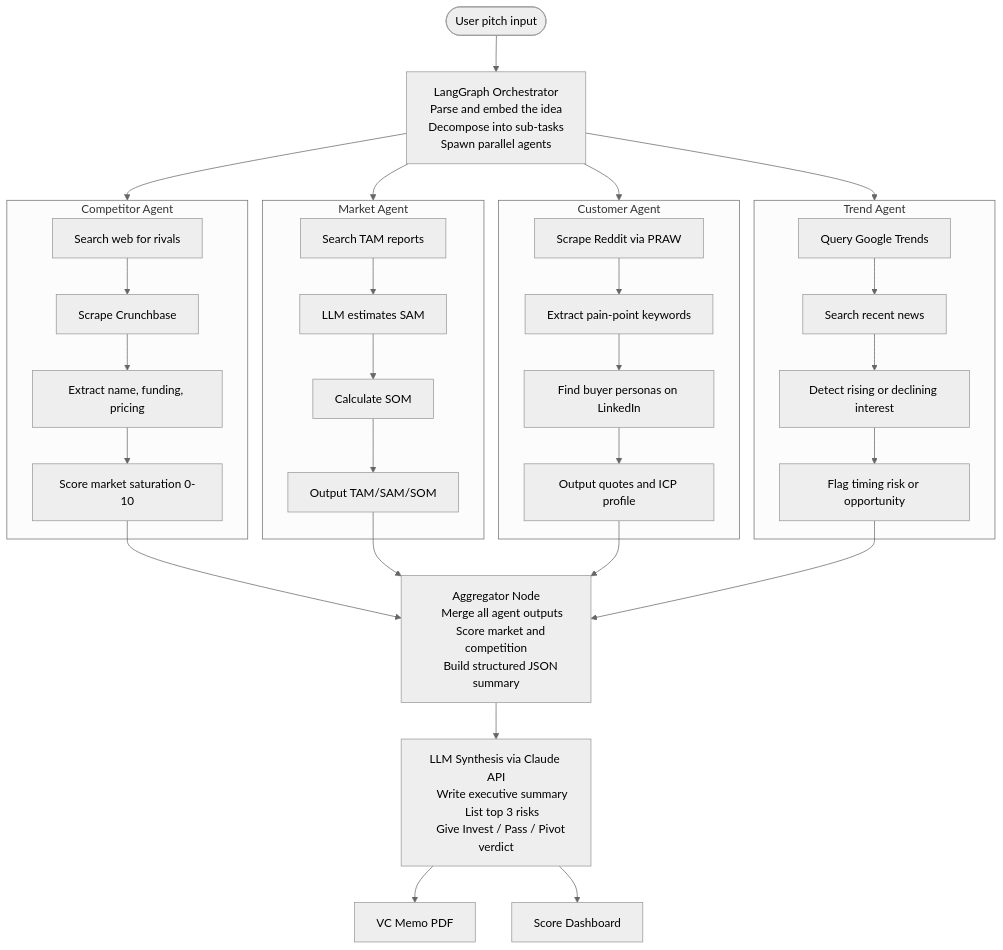
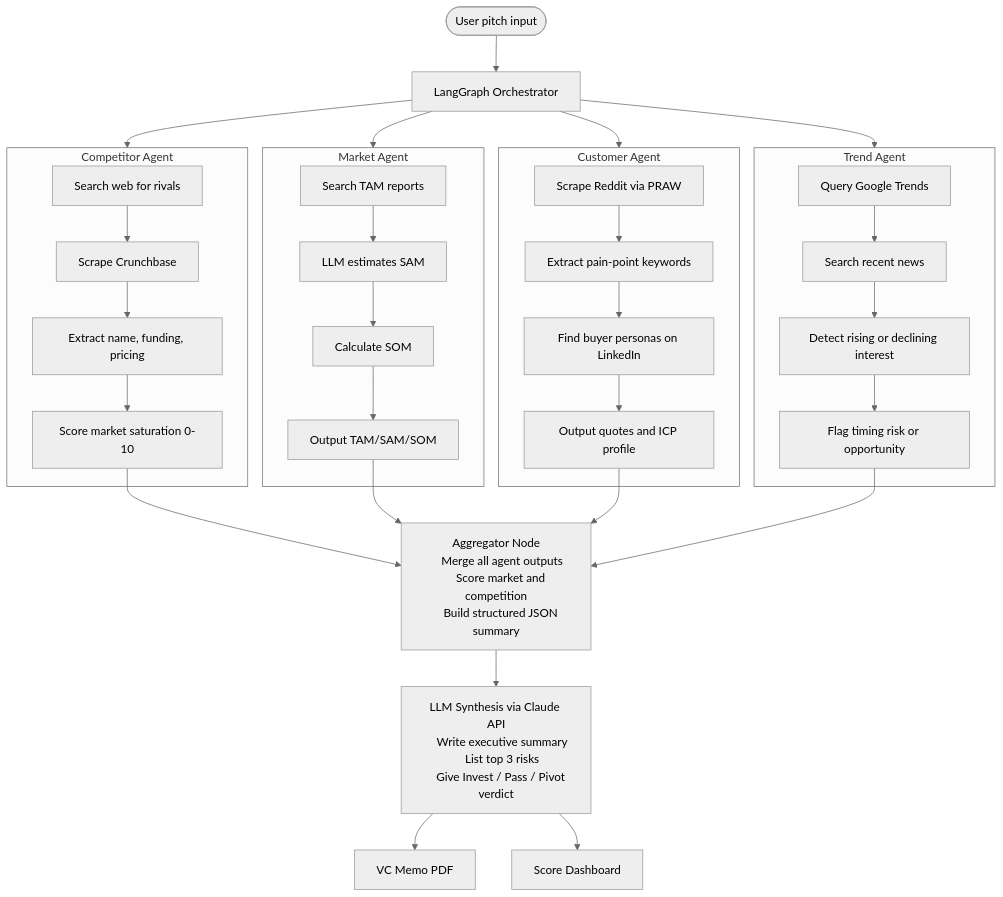
One commit to puvithk/AI-ML-Complete changed the diagram in Day 38 Startup Idea Validator/startup_idea_validator/README.md. Above: the diagram before and after it, drawn with Mermaid (neutral theme). The commit also changed 1 other file, not shown here.

Commit message:
Changed the readme file in stateup idea validator

````diff
--- a/Day 38 Startup Idea Validator/startup_idea_validator/README.md
+++ b/Day 38 Startup Idea Validator/startup_idea_validator/README.md
@@ -1,57 +1,54 @@
 ```mermaid
 flowchart TD
     USER([User pitch input]) --> ORCH
 
-    ORCH["LangGraph Orchestrator
-    Parse and embed the idea
-    Decompose into sub-tasks
-    Spawn parallel agents"]
+    ORCH["LangGraph Orchestrator"]
 
     ORCH --> CA
     ORCH --> MA
     ORCH --> CUA
     ORCH --> TA
 
     subgraph CA["Competitor Agent"]
       CA1[Search web for rivals] --> CA2[Scrape Crunchbase]
       CA2 --> CA3[Extract name, funding, pricing]
       CA3 --> CA4[Score market saturation 0-10]
     end
 
     subgraph MA["Market Agent"]
       MA1[Search TAM reports] --> MA2[LLM estimates SAM]
       MA2 --> MA3[Calculate SOM] --> MA4[Output TAM/SAM/SOM]
     end
 
     subgraph CUA["Customer Agent"]
       CUA1[Scrape Reddit via PRAW] --> CUA2[Extract pain-point keywords]
       CUA2 --> CUA3[Find buyer personas on LinkedIn]
       CUA3 --> CUA4[Output quotes and ICP profile]
     end
 
     subgraph TA["Trend Agent"]
       TA1[Query Google Trends] --> TA2[Search recent news]
       TA2 --> TA3[Detect rising or declining interest]
       TA3 --> TA4[Flag timing risk or opportunity]
     end
-
+    
     CA4 --> AGG
     MA4 --> AGG
     CUA4 --> AGG
     TA4 --> AGG
 
     AGG["Aggregator Node
     Merge all agent outputs
     Score market and competition
     Build structured JSON summary"]
 
     AGG --> SYN
 
     SYN["LLM Synthesis via Claude API
     Write executive summary
     List top 3 risks
     Give Invest / Pass / Pivot verdict"]
 
     SYN --> OUT1["VC Memo PDF"]
     SYN --> OUT3["Score Dashboard"]
 ```
````
